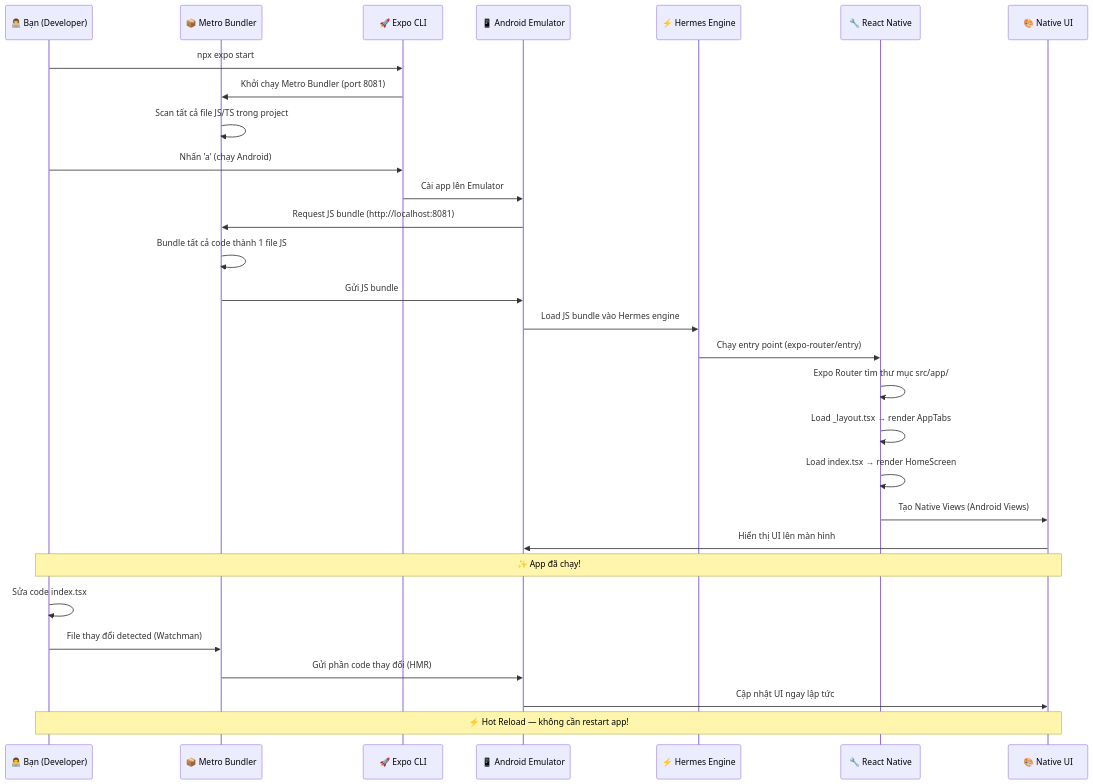
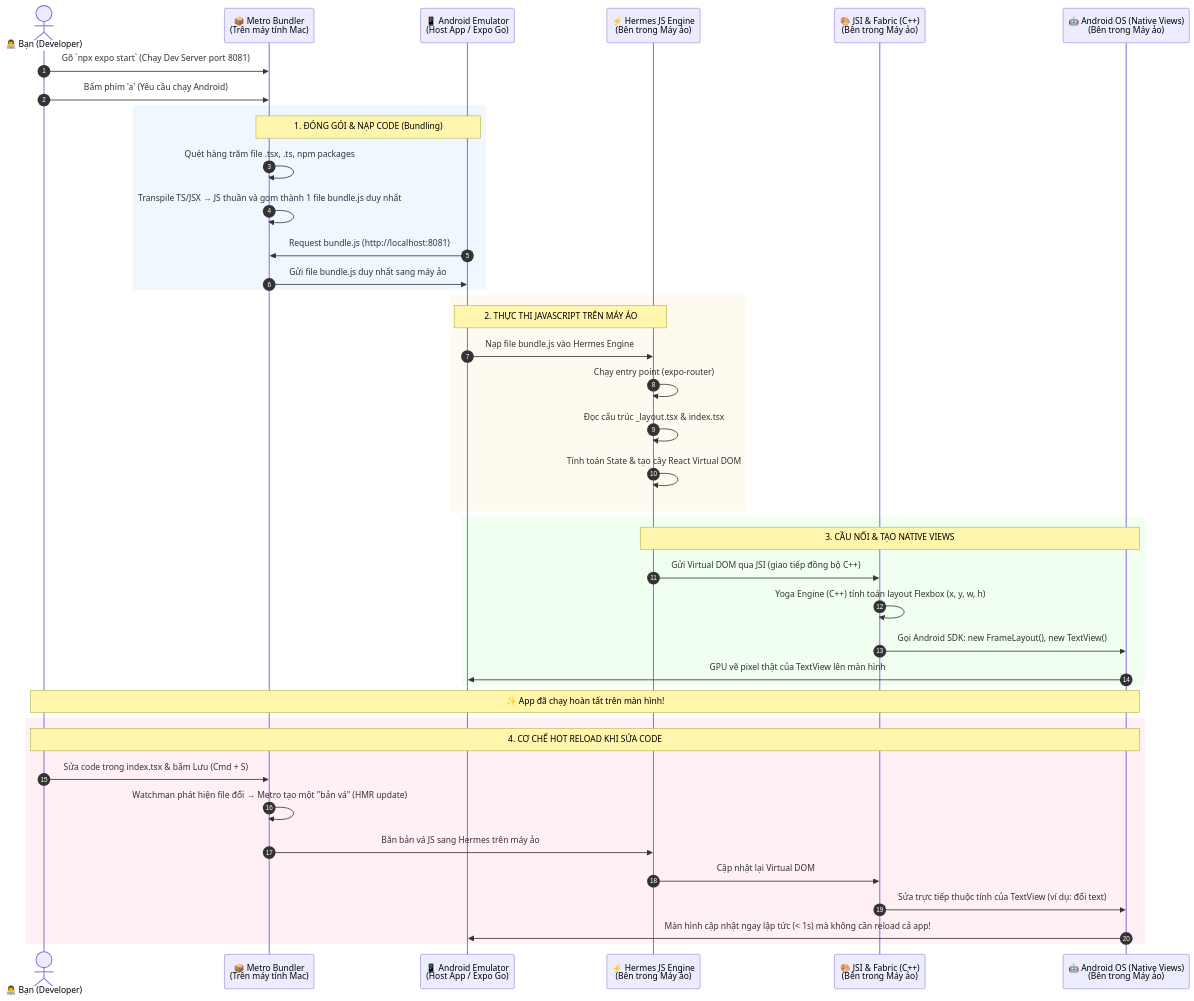
One commit to anhtudayne/ReactNative changed the fifth of 6 diagrams in TakeNote/Lesson01/bai1_gioi_thieu_react_native.md. Above: the diagram before and after it, drawn with Mermaid. The commit also changed other lines of this file, not shown here.

````diff
--- a/TakeNote/Lesson01/bai1_gioi_thieu_react_native.md
+++ b/TakeNote/Lesson01/bai1_gioi_thieu_react_native.md
@@ -429,36 +443,49 @@
 ```mermaid
 sequenceDiagram
-    participant Dev as 👨‍💻 Bạn (Developer)
-    participant Metro as 📦 Metro Bundler
-    participant Expo as 🚀 Expo CLI
-    participant Emu as 📱 Android Emulator
-    participant Hermes as ⚡ Hermes Engine
-    participant RN as 🔧 React Native
-    participant UI as 🎨 Native UI
+    autonumber
+    actor Dev as 👨‍💻 Bạn (Developer)
+    participant Metro as 📦 Metro Bundler<br/>(Trên máy tính Mac)
+    participant Emu as 📱 Android Emulator<br/>(Host App / Expo Go)
+    participant Hermes as ⚡ Hermes JS Engine<br/>(Bên trong Máy ảo)
+    participant Fabric as 🎨 JSI & Fabric (C++)<br/>(Bên trong Máy ảo)
+    participant Android as 🤖 Android OS (Native Views)<br/>(Bên trong Máy ảo)
 
-    Dev->>Expo: npx expo start
-    Expo->>Metro: Khởi chạy Metro Bundler (port 8081)
-    Metro->>Metro: Scan tất cả file JS/TS trong project
+    Dev->>Metro: Gõ `npx expo start` (Chạy Dev Server port 8081)
+    Dev->>Metro: Bấm phím 'a' (Yêu cầu chạy Android)
+    
+    rect rgb(240, 248, 255)
+    Note over Metro,Emu: 1. ĐÓNG GÓI & NẠP CODE (Bundling)
+    Metro->>Metro: Quét hàng trăm file .tsx, .ts, npm packages
+    Metro->>Metro: Transpile TS/JSX → JS thuần và gom thành 1 file bundle.js duy nhất
+    Emu->>Metro: Request bundle.js (http://localhost:8081)
+    Metro->>Emu: Gửi file bundle.js duy nhất sang máy ảo
+    end
 
-    Dev->>Expo: Nhấn 'a' (chạy Android)
-    Expo->>Emu: Cài app lên Emulator
-    Emu->>Metro: Request JS bundle (http://localhost:8081)
-    Metro->>Metro: Bundle tất cả code thành 1 file JS
-    Metro->>Emu: Gửi JS bundle
+    rect rgb(255, 250, 240)
+    Note over Emu,Hermes: 2. THỰC THI JAVASCRIPT TRÊN MÁY ẢO
+    Emu->>Hermes: Nạp file bundle.js vào Hermes Engine
+    Hermes->>Hermes: Chạy entry point (expo-router)
+    Hermes->>Hermes: Đọc cấu trúc _layout.tsx & index.tsx
+    Hermes->>Hermes: Tính toán State & tạo cây React Virtual DOM
+    end
 
-    Emu->>Hermes: Load JS bundle vào Hermes engine
-    Hermes->>RN: Chạy entry point (expo-router/entry)
-    RN->>RN: Expo Router tìm thư mục src/app/
-    RN->>RN: Load _layout.tsx → render AppTabs
-    RN->>RN: Load index.tsx → render HomeScreen
-    RN->>UI: Tạo Native Views (Android Views)
-    UI->>Emu: Hiển thị UI lên màn hình
+    rect rgb(240, 255, 240)
+    Note over Hermes,Android: 3. CẦU NỐI & TẠO NATIVE VIEWS
+    Hermes->>Fabric: Gửi Virtual DOM qua JSI (giao tiếp đồng bộ C++)
+    Fabric->>Fabric: Yoga Engine (C++) tính toán layout Flexbox (x, y, w, h)
+    Fabric->>Android: Gọi Android SDK: new FrameLayout(), new TextView()
+    Android->>Emu: GPU vẽ pixel thật của TextView lên màn hình
+    end
 
-    Note over Dev,UI: ✨ App đã chạy!
+    Note over Dev,Android: ✨ App đã chạy hoàn tất trên màn hình!
 
-    Dev->>Dev: Sửa code index.tsx
-    Dev->>Metro: File thay đổi detected (Watchman)
-    Metro->>Emu: Gửi phần code thay đổi (HMR)
-    Emu->>UI: Cập nhật UI ngay lập tức
-    Note over Dev,UI: ⚡ Hot Reload — không cần restart app!
+    rect rgb(255, 240, 245)
+    Note over Dev,Android: 4. CƠ CHẾ HOT RELOAD KHI SỬA CODE
+    Dev->>Metro: Sửa code trong index.tsx & bấm Lưu (Cmd + S)
+    Metro->>Metro: Watchman phát hiện file đổi → Metro tạo một "bản vá" (HMR update)
+    Metro->>Hermes: Bắn bản vá JS sang Hermes trên máy ảo
+    Hermes->>Fabric: Cập nhật lại Virtual DOM
+    Fabric->>Android: Sửa trực tiếp thuộc tính của TextView (ví dụ: đổi text)
+    Android->>Emu: Màn hình cập nhật ngay lập tức (< 1s) mà không cần reload cả app!
+    end
 ```
````
